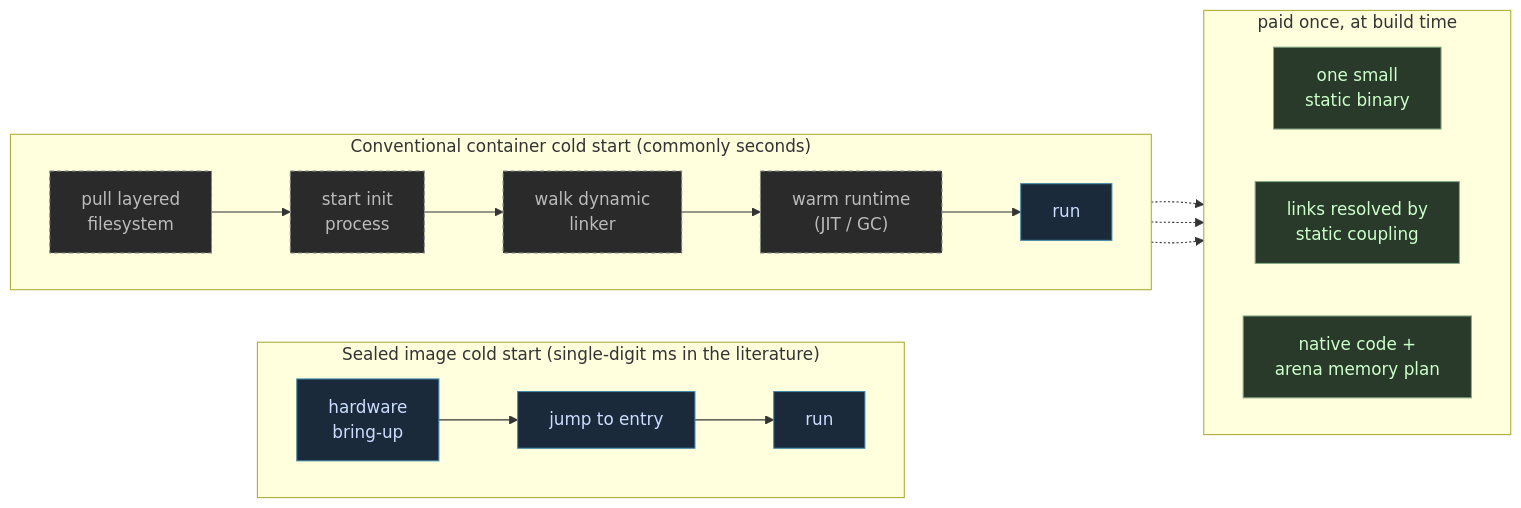
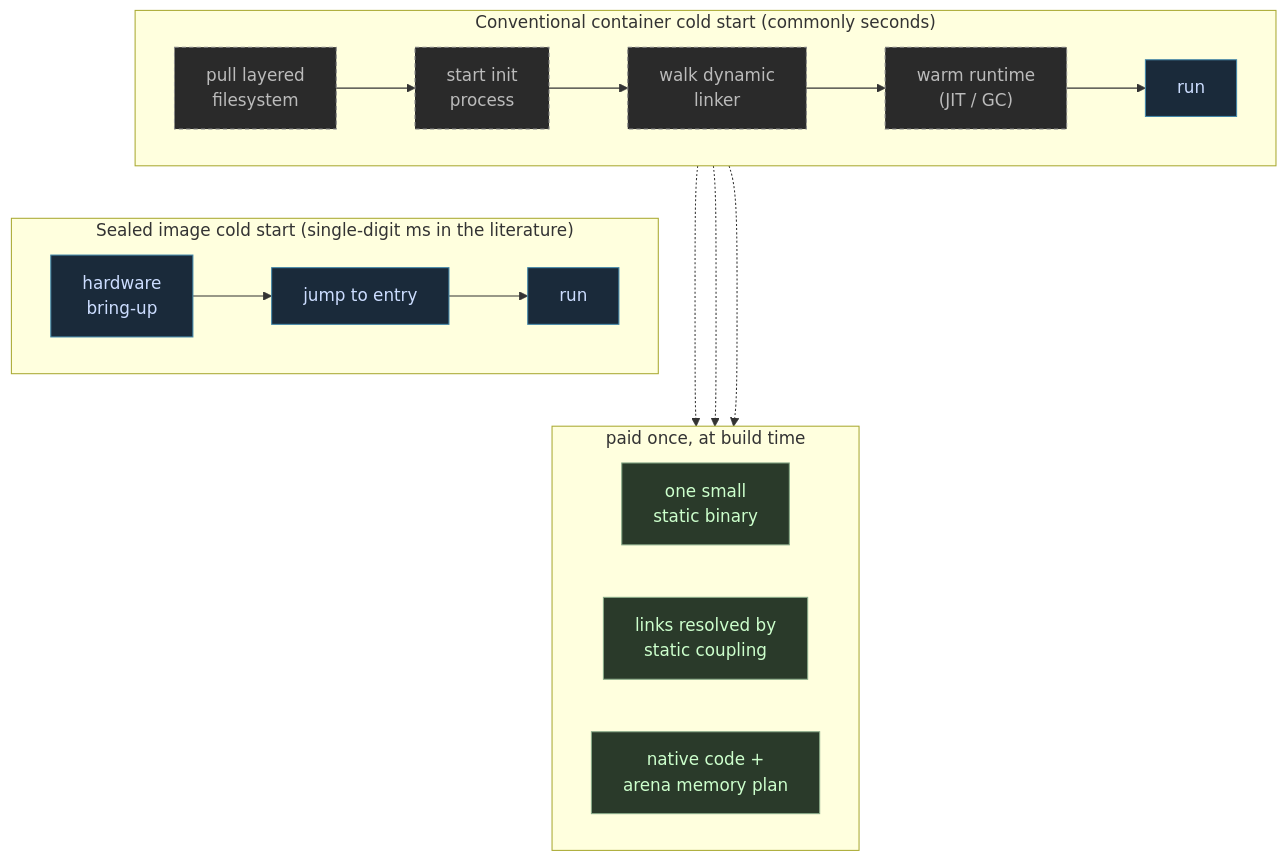
The third of 3 diagrams in hugo/content/blog/getting-to-the-heart-of-unikernels.md (FidelityFramework/clef-lang-site), drawn with Mermaid before and after one commit. The commit also changed other lines of this file, not shown here.

Commit message:
Change title lead-in

````diff
--- a/hugo/content/blog/getting-to-the-heart-of-unikernels.md
+++ b/hugo/content/blog/getting-to-the-heart-of-unikernels.md
@@ -121,30 +121,34 @@
 ```mermaid
-flowchart LR
+flowchart TB
+
+    subgraph CONV["Conventional container cold start (commonly seconds)"]
+        direction LR
+        C1["pull layered<br/>filesystem"] --> C2["start init<br/>process"] --> C3["walk dynamic<br/>linker"] --> C4["warm runtime<br/>(JIT / GC)"] --> C5["run"]
+    end
 
     subgraph SEAL["Sealed image cold start (single-digit ms in the literature)"]
         direction LR
         S1["hardware<br/>bring-up"] --> S2["jump to entry"] --> S3["run"]
-    end
-    subgraph CONV["Conventional container cold start (commonly seconds)"]
-        direction LR
-        C1["pull layered<br/>filesystem"] --> C2["start init<br/>process"] --> C3["walk dynamic<br/>linker"] --> C4["warm runtime<br/>(JIT / GC)"] --> C5["run"]
     end
 
     subgraph BUILD["paid once, at build time"]
         direction LR
         B1["one small<br/>static binary"]
         B2["links resolved by<br/>static coupling"]
         B3["native code +<br/>arena memory plan"]
     end
+
+    C5 ~~~ S1
+    S3 ~~~ B1
 
     C1 -.-> B1
     C3 -.-> B2
     C4 -.-> B3
 
     classDef paid fill:#2a2a2a,stroke:#888,color:#bbb,stroke-dasharray:4 3;
     classDef built fill:#2a3a2a,stroke:#8a8,color:#cfc;
     classDef fast fill:#1a2a3a,stroke:#48a,color:#cdf;
     class C1,C2,C3,C4 paid;
     class B1,B2,B3 built;
     class C5,S1,S2,S3 fast;
 ```
````
